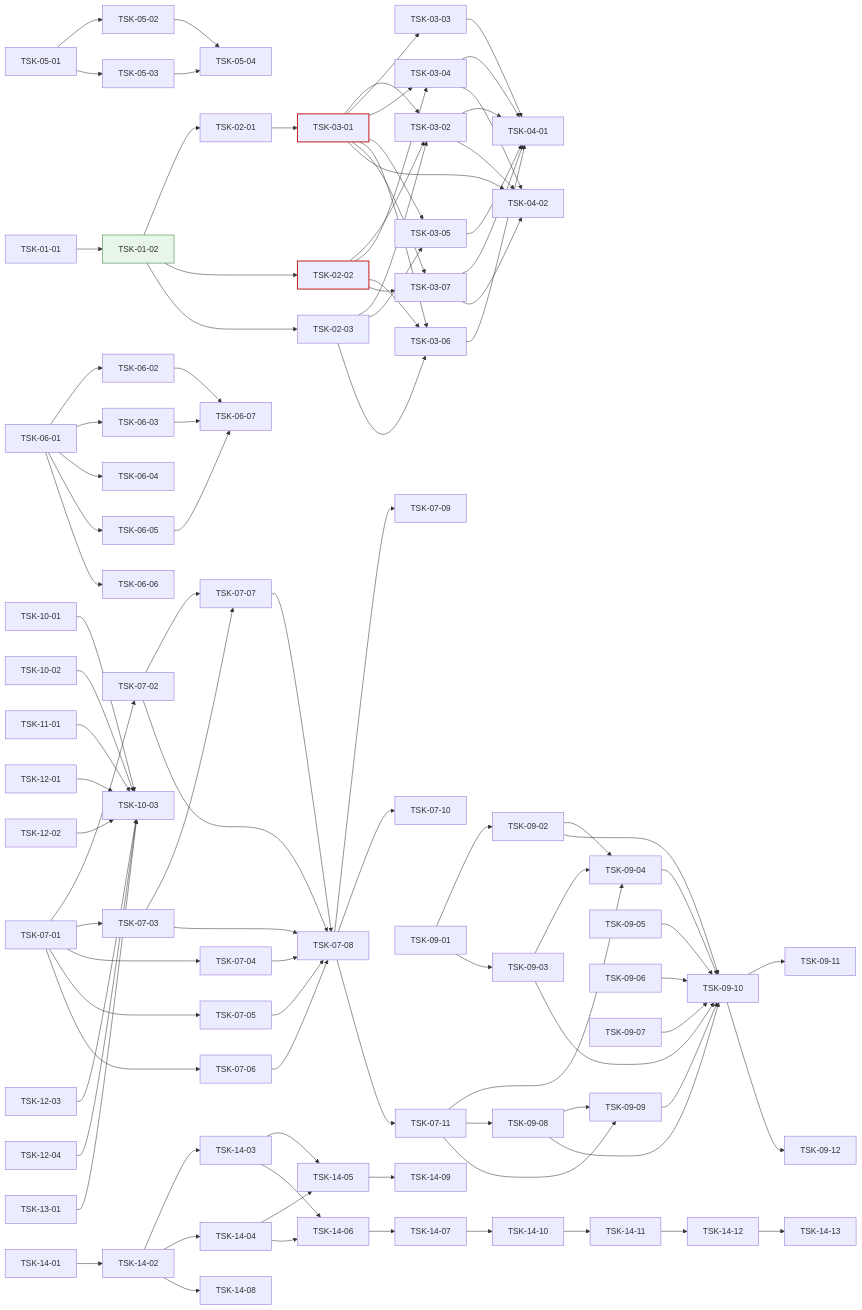
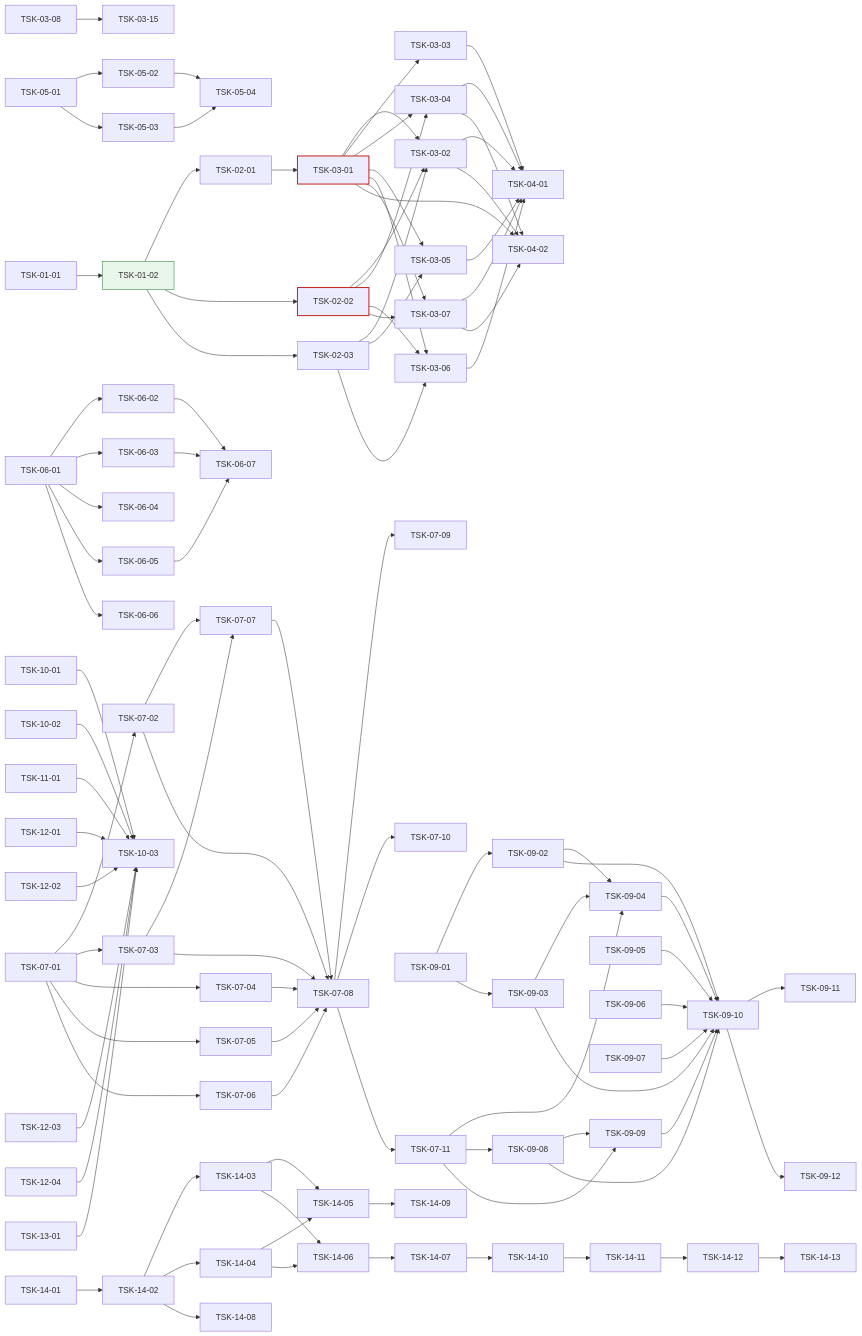
The diagram in docs/oranda1/wbs.md (jongik-sv/oranda), drawn with Mermaid before and after one commit. The commit also changed other lines of this file and 20 other files, not shown here.

```diff
--- a/docs/oranda1/wbs.md
+++ b/docs/oranda1/wbs.md
@@ -1091,6 +1104,7 @@
   TSK-03-02 --> TSK-04-02
   TSK-03-04 --> TSK-04-02
   TSK-03-07 --> TSK-04-02
+  TSK-03-08 --> TSK-03-15
   TSK-05-01 --> TSK-05-02
   TSK-05-01 --> TSK-05-03
   TSK-05-02 --> TSK-05-04
```
